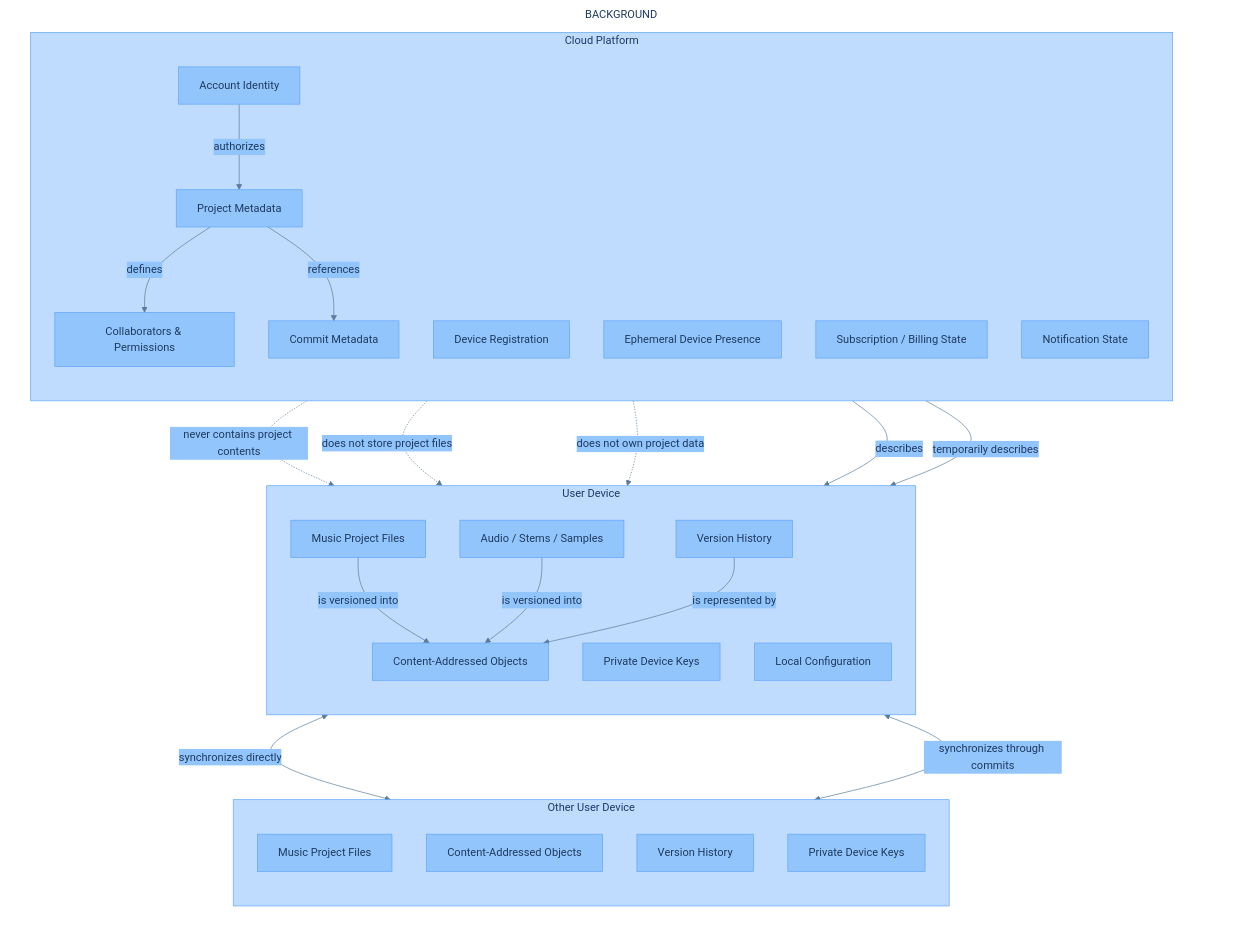
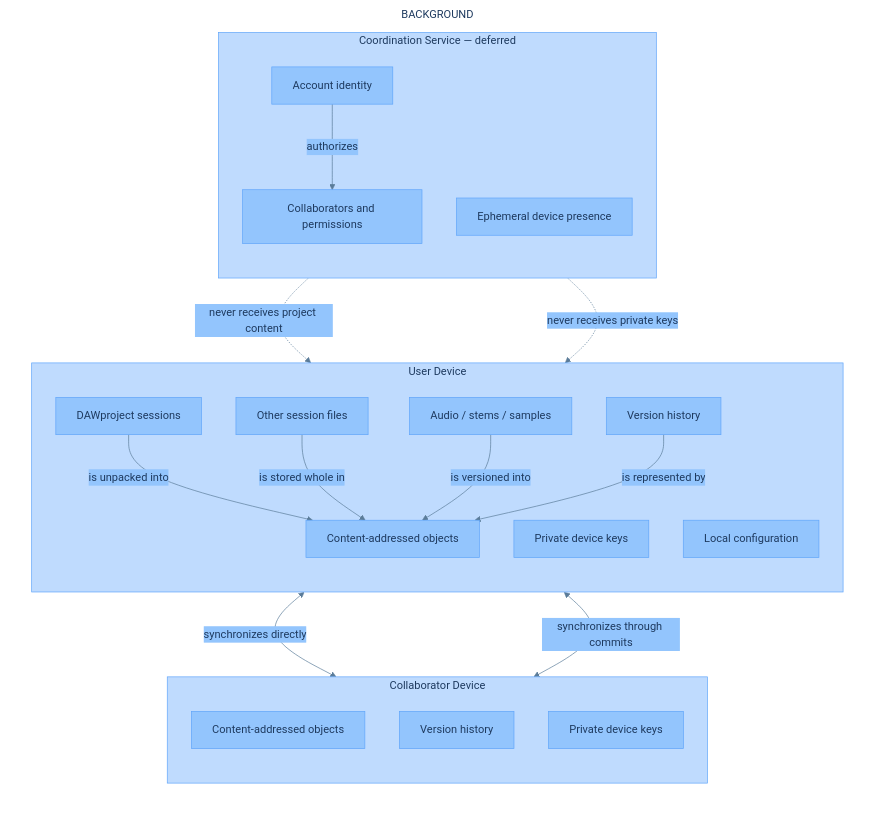
The fifth of 5 diagrams in gitformusic/.docs/ARCHITECTURE.md (RandreasKristensen/dawgit), drawn with Mermaid before and after one commit. The commit also changed other lines of this file and 9 other files, not shown here.

````diff
--- a/gitformusic/.docs/ARCHITECTURE.md
+++ b/gitformusic/.docs/ARCHITECTURE.md
@@ -729,63 +420,48 @@
 ```mermaid
 %%{init: {"theme":"base","themeVariables":{"background":"#ffffff","primaryColor":"#93c5fd","primaryTextColor":"#1e3a5f","primaryBorderColor":"#60a5fa","lineColor":"#5b7c99","secondaryColor":"#93c5fd","tertiaryColor":"#ffffff","clusterBkg":"#bfdbfe","clusterBorder":"#60a5fa","titleColor":"#1e3a5f","fontFamily":" sans-serif"}}}%%
 %% Data Ownership and Storage Boundaries
 flowchart LR
 
     subgraph BACKGROUND
 
     subgraph USER_DEVICE["User Device"]
         direction TB
-
-        PROJECT_FILES["Music Project Files"]
-        AUDIO["Audio / Stems / Samples"]
-        OBJECTS["Content-Addressed Objects"]
-        HISTORY["Version History"]
-        KEYS["Private Device Keys"]
-        CONFIG["Local Configuration"]
+        EXPORTS["DAWproject sessions"]
+        OTHERF["Other session files"]
+        AUDIO["Audio / stems / samples"]
+        OBJECTS["Content-addressed objects"]
+        HISTORY["Version history"]
+        KEYS["Private device keys"]
+        CONFIG["Local configuration"]
     end
 
-
-    subgraph CLOUD["Cloud Platform"]
+    subgraph PEER["Collaborator Device"]
         direction TB
-
-        ACCOUNT["Account Identity"]
-        PROJECT_META["Project Metadata"]
-        MEMBERS["Collaborators & Permissions"]
-        COMMIT_META["Commit Metadata"]
-        DEVICE_META["Device Registration"]
-        PRESENCE["Ephemeral Device Presence"]
-        BILLING["Subscription / Billing State"]
-        NOTIFICATIONS["Notification State"]
+        PEER_OBJECTS["Content-addressed objects"]
+        PEER_HISTORY["Version history"]
+        PEER_KEYS["Private device keys"]
     end
 
-
-    subgraph PEER["Other User Device"]
+    subgraph SERVICE["Coordination Service — deferred"]
         direction TB
-
-        PEER_FILES["Music Project Files"]
-        PEER_OBJECTS["Content-Addressed Objects"]
-        PEER_HISTORY["Version History"]
-        PEER_KEYS["Private Device Keys"]
+        ACCOUNT["Account identity"]
+        MEMBERS["Collaborators and permissions"]
+        PRESENCE["Ephemeral device presence"]
     end
 
-
-    PROJECT_FILES -->|"is versioned into"| OBJECTS
+    EXPORTS -->|"is unpacked into"| OBJECTS
+    OTHERF -->|"is stored whole in"| OBJECTS
     AUDIO -->|"is versioned into"| OBJECTS
     HISTORY -->|"is represented by"| OBJECTS
 
     OBJECTS <-->|"synchronizes directly"| PEER_OBJECTS
     HISTORY <-->|"synchronizes through commits"| PEER_HISTORY
 
-    ACCOUNT -->|"authorizes"| PROJECT_META
-    PROJECT_META -->|"defines"| MEMBERS
-    PROJECT_META -->|"references"| COMMIT_META
-    DEVICE_META -->|"describes"| USER_DEVICE
-    PRESENCE -->|"temporarily describes"| USER_DEVICE
+    ACCOUNT -->|"authorizes"| MEMBERS
 
-    ACCOUNT -.->|"never contains project contents"| OBJECTS
-    PROJECT_META -.->|"does not store project files"| PROJECT_FILES
-    BILLING -.->|"does not own project data"| AUDIO
+    SERVICE -.->|"never receives project content"| OBJECTS
+    SERVICE -.->|"never receives private keys"| KEYS
 
     end
     style BACKGROUND fill:#ffffff,stroke:#ffffff,stroke-width:1px
 ```
````
